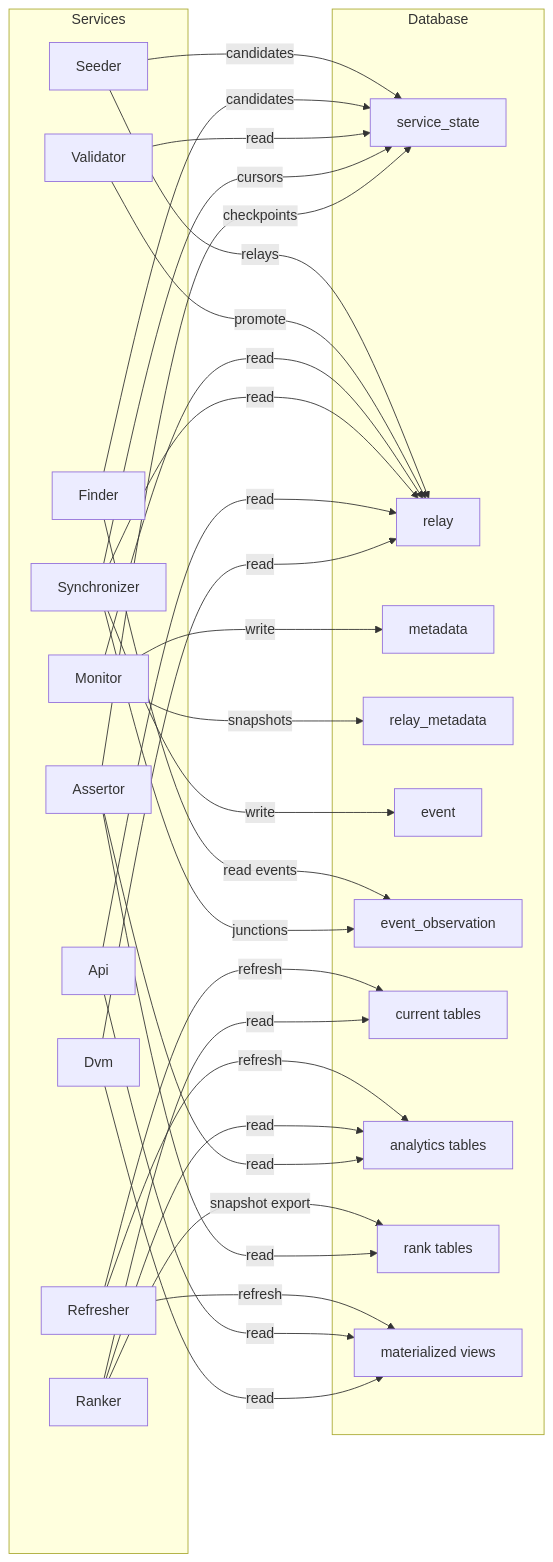
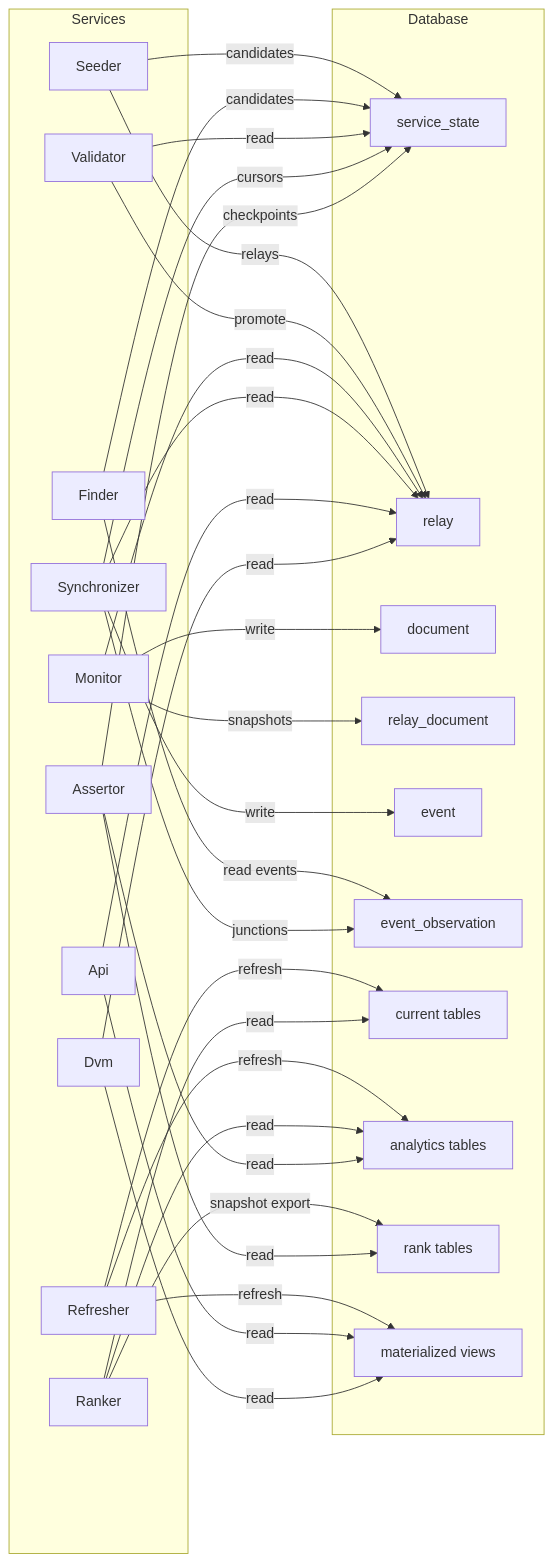
Before and after one commit to BigBrotr/bigbrotr: the first of 5 diagrams in docs/user-guide/services.md, drawn with Mermaid. The commit also changed other lines of this file and 18 other files, not shown here.

````diff
--- a/docs/user-guide/services.md
+++ b/docs/user-guide/services.md
@@ -23,55 +23,55 @@
 ```mermaid
 flowchart LR
     subgraph Services
         SE["Seeder"]
         FI["Finder"]
         VA["Validator"]
         MO["Monitor"]
         SY["Synchronizer"]
         RE2["Refresher"]
         RA["Ranker"]
         AS["Assertor"]
         AP["Api"]
         DV["Dvm"]
     end
 
     subgraph Database
         SS["service_state"]
         RE["relay"]
-        MD["metadata"]
-        RM["relay_metadata"]
+        MD["document"]
+        RM["relay_document"]
         EV["event"]
         ER["event_observation"]
         CT["current tables"]
         ST["analytics tables"]
         RK["rank tables"]
         MV["materialized views"]
     end
 
     SE -->|"candidates"| SS
     SE -->|"relays"| RE
     FI -->|"read events"| ER
     FI -->|"candidates"| SS
     VA -->|"read"| SS
     VA -->|"promote"| RE
     MO -->|"read"| RE
     MO -->|"write"| MD
     MO -->|"snapshots"| RM
     SY -->|"read"| RE
     SY -->|"cursors"| SS
     SY -->|"write"| EV
     SY -->|"junctions"| ER
     RE2 -->|"refresh"| CT
     RE2 -->|"refresh"| ST
     RE2 -->|"refresh"| MV
     RA -->|"read"| CT
     RA -->|"read"| ST
     RA -->|"snapshot export"| RK
     AS -->|"read"| ST
     AS -->|"read"| RK
     AS -->|"checkpoints"| SS
     AP -->|"read"| RE
     AP -->|"read"| MV
     DV -->|"read"| RE
     DV -->|"read"| MV
 ```
````
